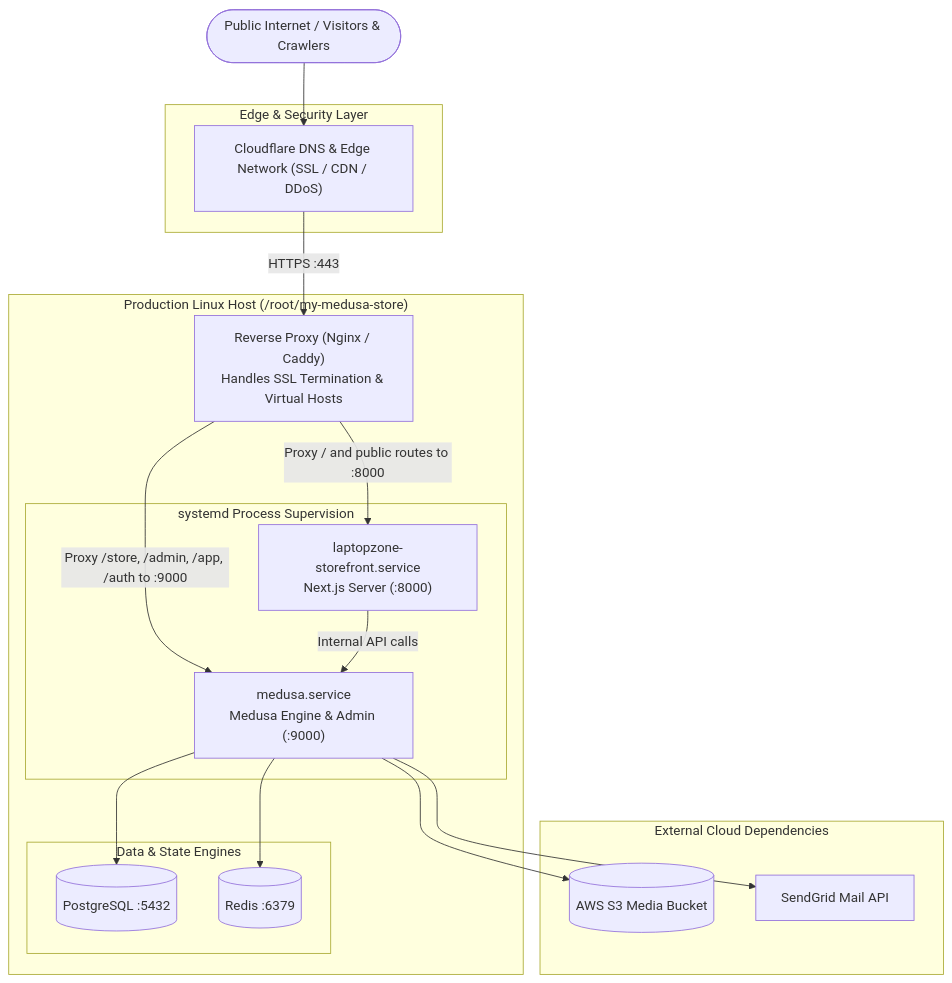
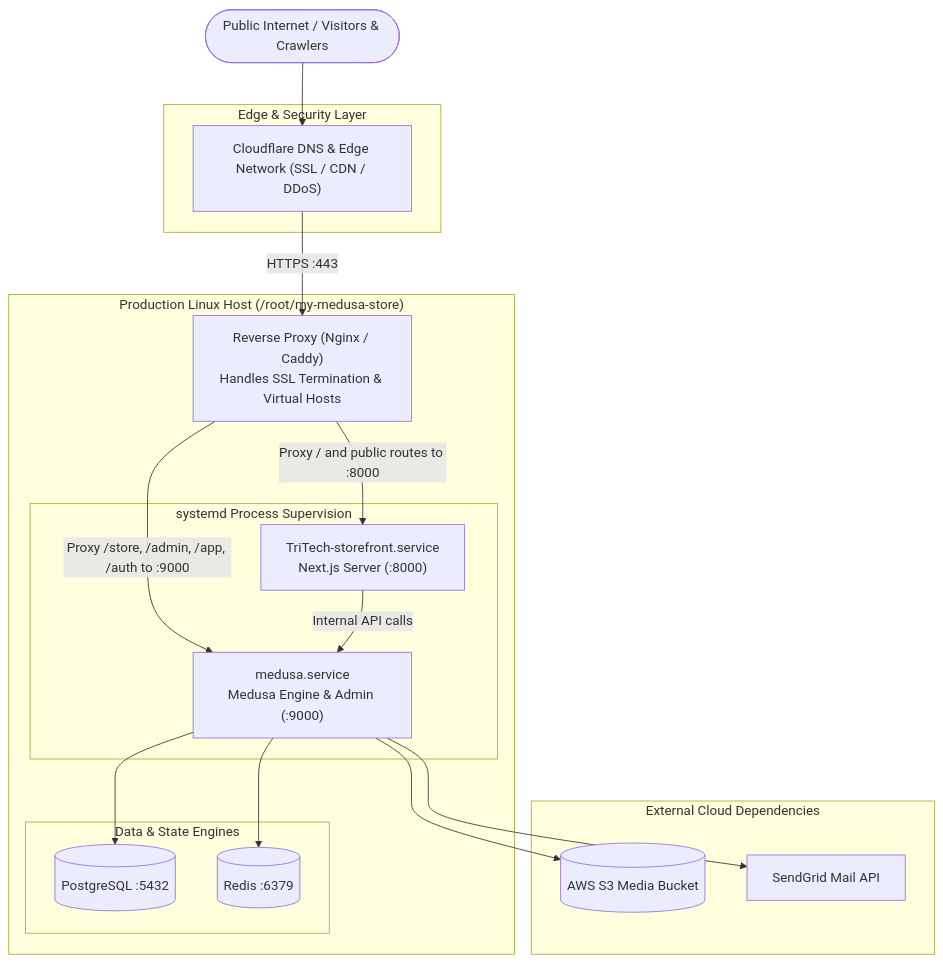
One commit to dzapengagodwin/TriSolar changed the diagram in docs/deployment/architecture.md. Above: the diagram before and after it, drawn with Mermaid. The commit also changed other lines of this file and 137 other files, not shown here.

Commit message:
Merge branch 'main' of https://github.com/dzapengagodwin/TriSolar into feat/tritech-hybrid-storefront

````diff
--- a/docs/deployment/architecture.md
+++ b/docs/deployment/architecture.md
@@ -12,39 +12,39 @@
 ```mermaid
 flowchart TD
     Internet([Public Internet / Visitors & Crawlers])
     
     subgraph EdgeLayer["Edge & Security Layer"]
         Cloudflare["Cloudflare DNS & Edge Network (SSL / CDN / DDoS)"]
     end
 
     subgraph HostServer["Production Linux Host (/root/my-medusa-store)"]
         ReverseProxy["Reverse Proxy (Nginx / Caddy)\nHandles SSL Termination & Virtual Hosts"]
         
         subgraph SystemdSupervision["systemd Process Supervision"]
-            StorefrontService["laptopzone-storefront.service\nNext.js Server (:8000)"]
+            StorefrontService["TriTech-storefront.service\nNext.js Server (:8000)"]
             MedusaService["medusa.service\nMedusa Engine & Admin (:9000)"]
         end
 
         subgraph LocalInfrastructure["Data & State Engines"]
             Postgres[(PostgreSQL :5432)]
             Redis[(Redis :6379)]
         end
     end
 
     subgraph CloudServices["External Cloud Dependencies"]
         S3Bucket[(AWS S3 Media Bucket)]
         SendGridAPI[SendGrid Mail API]
     end
 
     Internet --> Cloudflare
     Cloudflare -->|HTTPS :443| ReverseProxy
 
     ReverseProxy -->|Proxy / and public routes to :8000| StorefrontService
     ReverseProxy -->|Proxy /store, /admin, /app, /auth to :9000| MedusaService
 
     StorefrontService -->|Internal API calls| MedusaService
     MedusaService --> Postgres
     MedusaService --> Redis
     MedusaService --> S3Bucket
     MedusaService --> SendGridAPI
 ```
````
